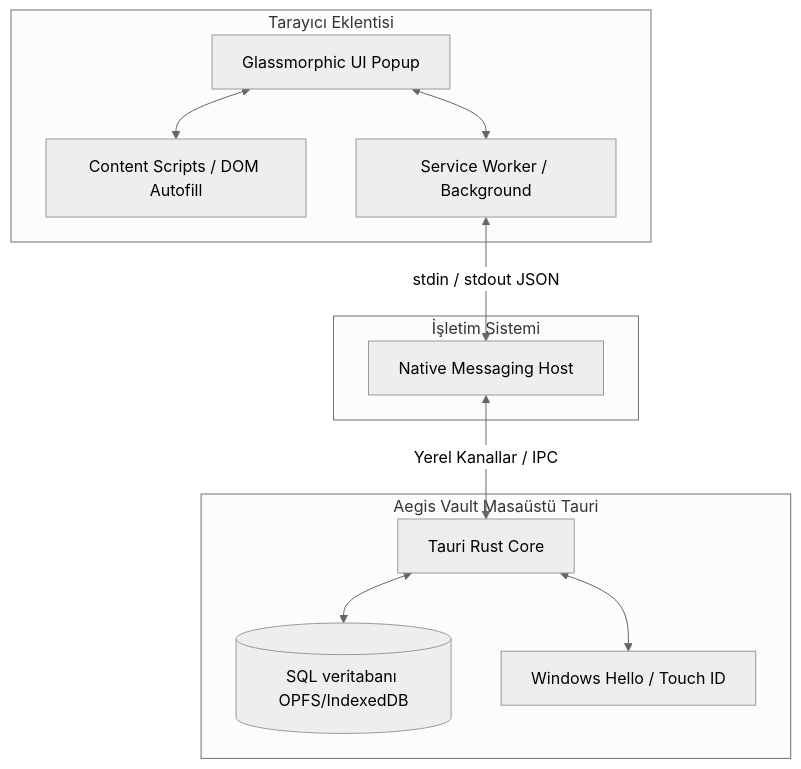
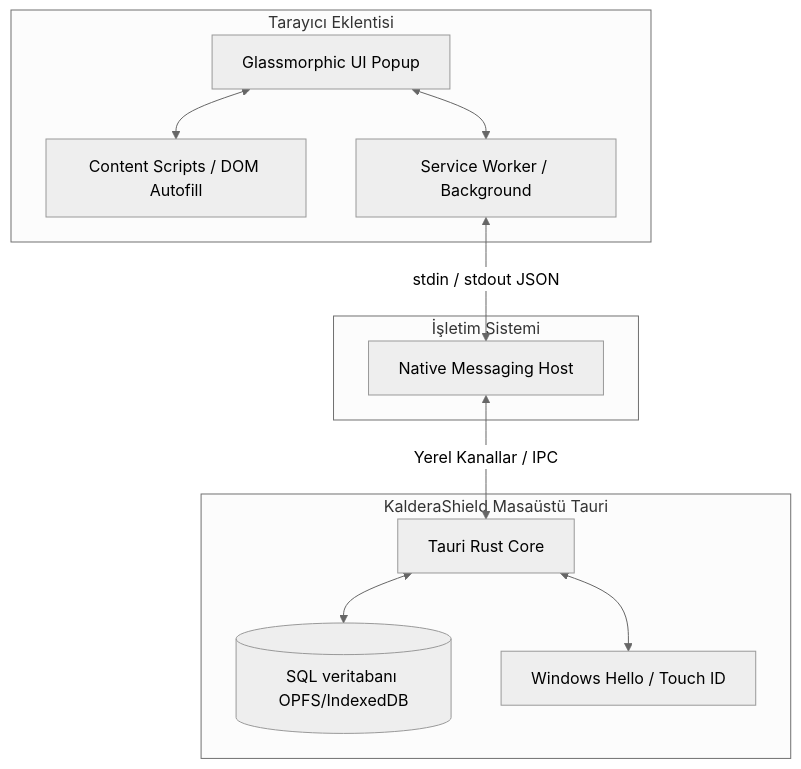
One commit to hafgit99/aegis-vault-v7 changed the first of 2 diagrams in docs/eklenti_yol_haritasi.md. Above: the diagram before and after it, drawn with Mermaid (neutral theme). The commit also changed other lines of this file and 424 other files, not shown here.

First line of the commit message:
Land the KalderaShield rebrand on main (#110)

````diff
--- a/docs/eklenti_yol_haritasi.md
+++ b/docs/eklenti_yol_haritasi.md
@@ -19,17 +19,17 @@
 ```mermaid
 graph TD
     subgraph Tarayıcı Eklentisi
         Popup[Glassmorphic UI Popup] <--> CS[Content Scripts / DOM Autofill]
         Popup <--> BG[Service Worker / Background]
     end
     subgraph İşletim Sistemi
         NM[Native Messaging Host]
     end
-    subgraph Aegis Vault Masaüstü Tauri
+    subgraph KalderaShield Masaüstü Tauri
         Rust[Tauri Rust Core] <--> DB[(SQL veritabanı OPFS/IndexedDB)]
         Rust <--> Bio[Windows Hello / Touch ID]
     end
 
     BG <-->|stdin / stdout JSON| NM
     NM <-->|Yerel Kanallar / IPC| Rust
 ```
````
